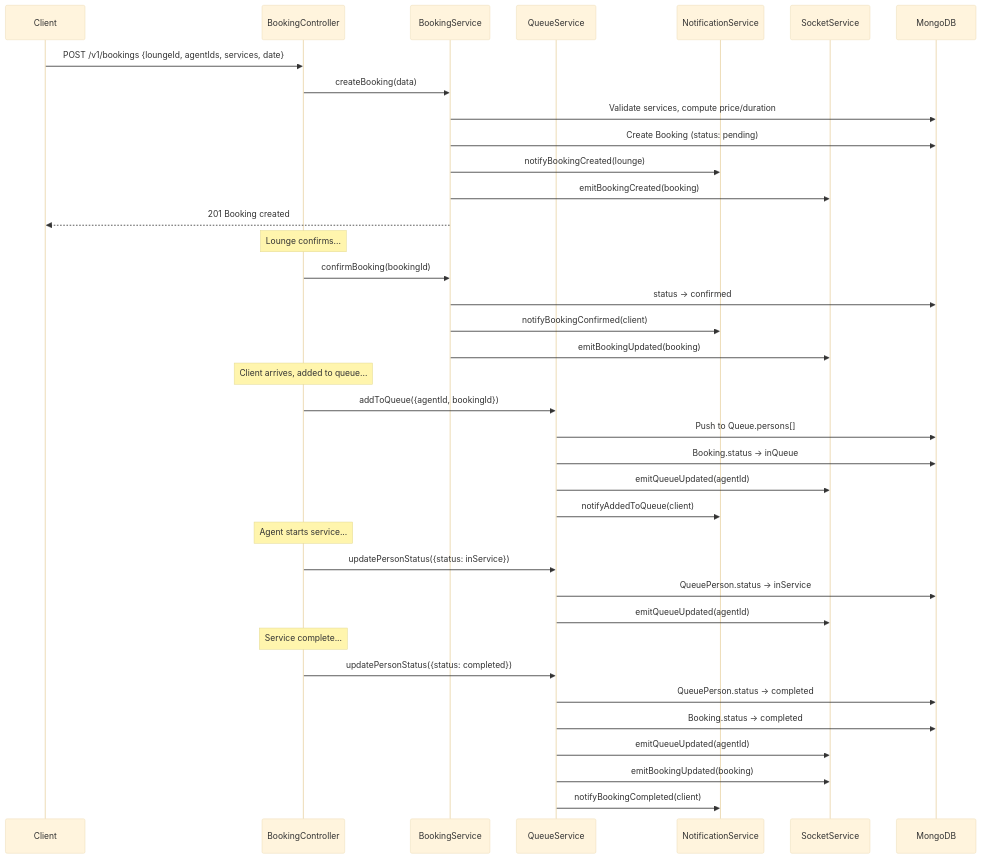
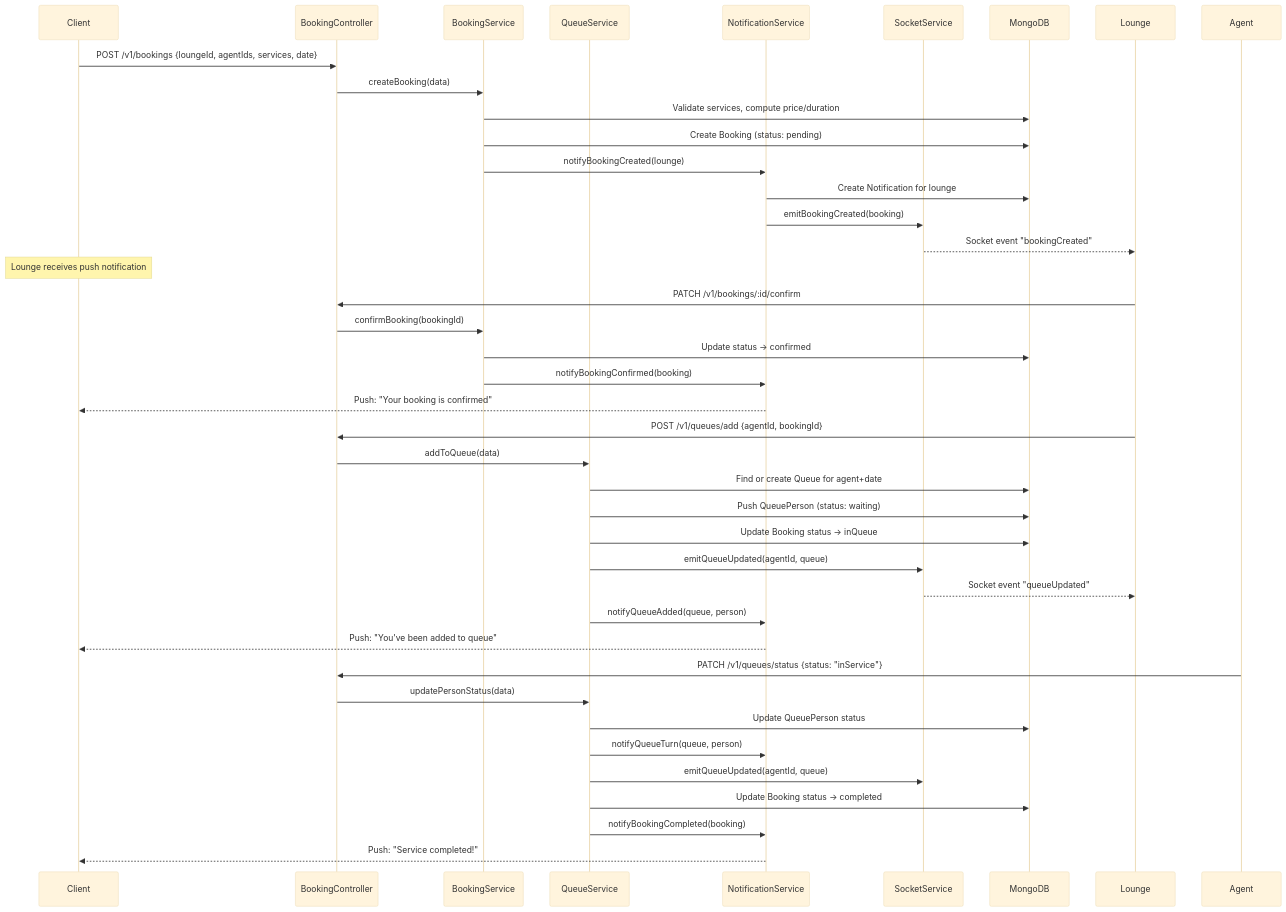
Before and after one commit to Frame-Ecosystem/Frame-Backend: the sixth of 7 diagrams in src/systems/BookingSystem/README.md, drawn with Mermaid (base theme). The commit also changed other lines of this file and 57 other files, not shown here.

````diff
--- a/src/systems/BookingSystem/README.md
+++ b/src/systems/BookingSystem/README.md
@@ -319,44 +319,46 @@
 ```mermaid
 sequenceDiagram
     participant C as Client
     participant API as BookingController
     participant BS as BookingService
     participant QS as QueueService
     participant NS as NotificationService
     participant SS as SocketService
     participant DB as MongoDB
 
     C->>API: POST /v1/bookings {loungeId, agentIds, services, date}
     API->>BS: createBooking(data)
     BS->>DB: Validate services, compute price/duration
     BS->>DB: Create Booking (status: pending)
     BS->>NS: notifyBookingCreated(lounge)
-    BS->>SS: emitBookingCreated(booking)
-    BS-->>C: 201 Booking created
+    NS->>DB: Create Notification for lounge
+    NS->>SS: emitBookingCreated(booking)
+    SS-->>Lounge: Socket event "bookingCreated"
 
-    Note over API: Lounge confirms...
+    Note over C: Lounge receives push notification
+
+    Lounge->>API: PATCH /v1/bookings/:id/confirm
     API->>BS: confirmBooking(bookingId)
-    BS->>DB: status → confirmed
-    BS->>NS: notifyBookingConfirmed(client)
-    BS->>SS: emitBookingUpdated(booking)
+    BS->>DB: Update status → confirmed
+    BS->>NS: notifyBookingConfirmed(booking)
+    NS-->>C: Push: "Your booking is confirmed"
 
-    Note over API: Client arrives, added to queue...
-    API->>QS: addToQueue({agentId, bookingId})
-    QS->>DB: Push to Queue.persons[]
-    QS->>DB: Booking.status → inQueue
-    QS->>SS: emitQueueUpdated(agentId)
-    QS->>NS: notifyAddedToQueue(client)
+    Lounge->>API: POST /v1/queues/add {agentId, bookingId}
+    API->>QS: addToQueue(data)
+    QS->>DB: Find or create Queue for agent+date
+    QS->>DB: Push QueuePerson (status: waiting)
+    QS->>DB: Update Booking status → inQueue
+    QS->>SS: emitQueueUpdated(agentId, queue)
+    SS-->>Lounge: Socket event "queueUpdated"
+    QS->>NS: notifyQueueAdded(queue, person)
+    NS-->>C: Push: "You've been added to queue"
 
-    Note over API: Agent starts service...
-    API->>QS: updatePersonStatus({status: inService})
-    QS->>DB: QueuePerson.status → inService
-    QS->>SS: emitQueueUpdated(agentId)
-
-    Note over API: Service complete...
-    API->>QS: updatePersonStatus({status: completed})
-    QS->>DB: QueuePerson.status → completed
-    QS->>DB: Booking.status → completed
-    QS->>SS: emitQueueUpdated(agentId)
-    QS->>SS: emitBookingUpdated(booking)
-    QS->>NS: notifyBookingCompleted(client)
+    Agent->>API: PATCH /v1/queues/status {status: "inService"}
+    API->>QS: updatePersonStatus(data)
+    QS->>DB: Update QueuePerson status
+    QS->>NS: notifyQueueTurn(queue, person)
+    QS->>SS: emitQueueUpdated(agentId, queue)
+    QS->>DB: Update Booking status → completed
+    QS->>NS: notifyBookingCompleted(booking)
+    NS-->>C: Push: "Service completed!"
 ```
````
